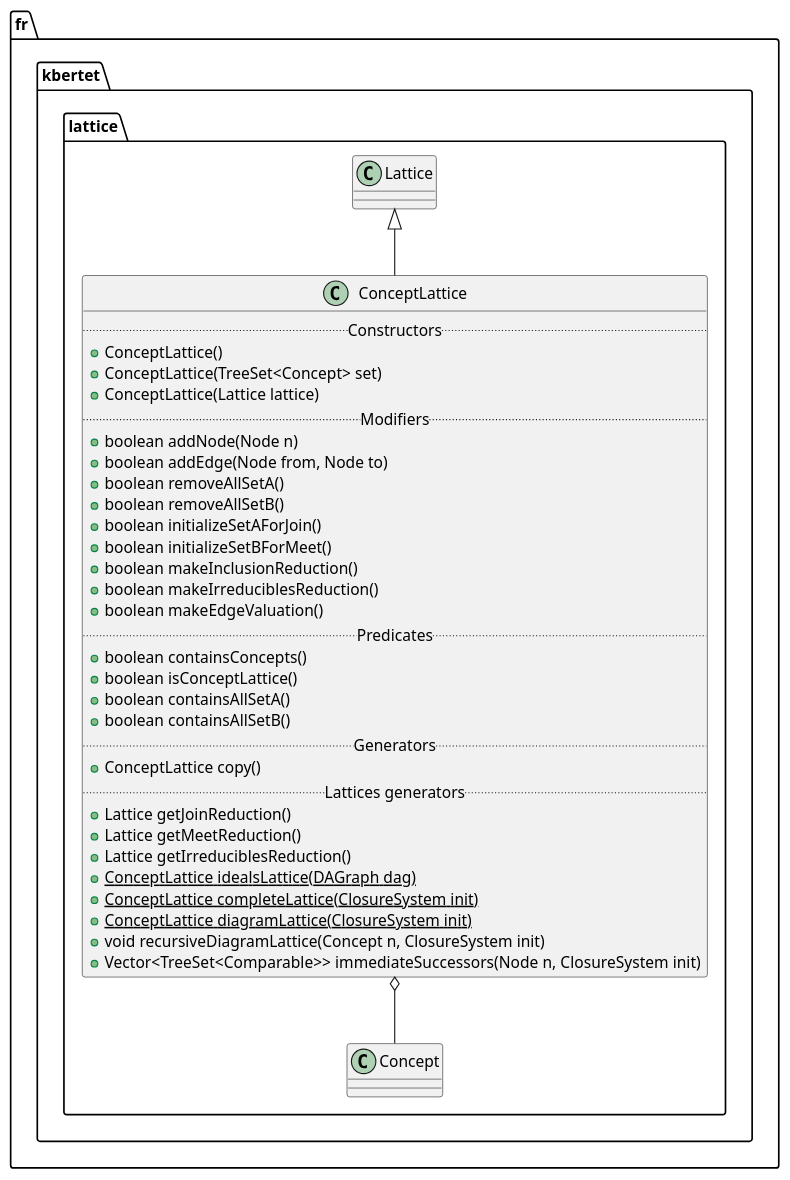
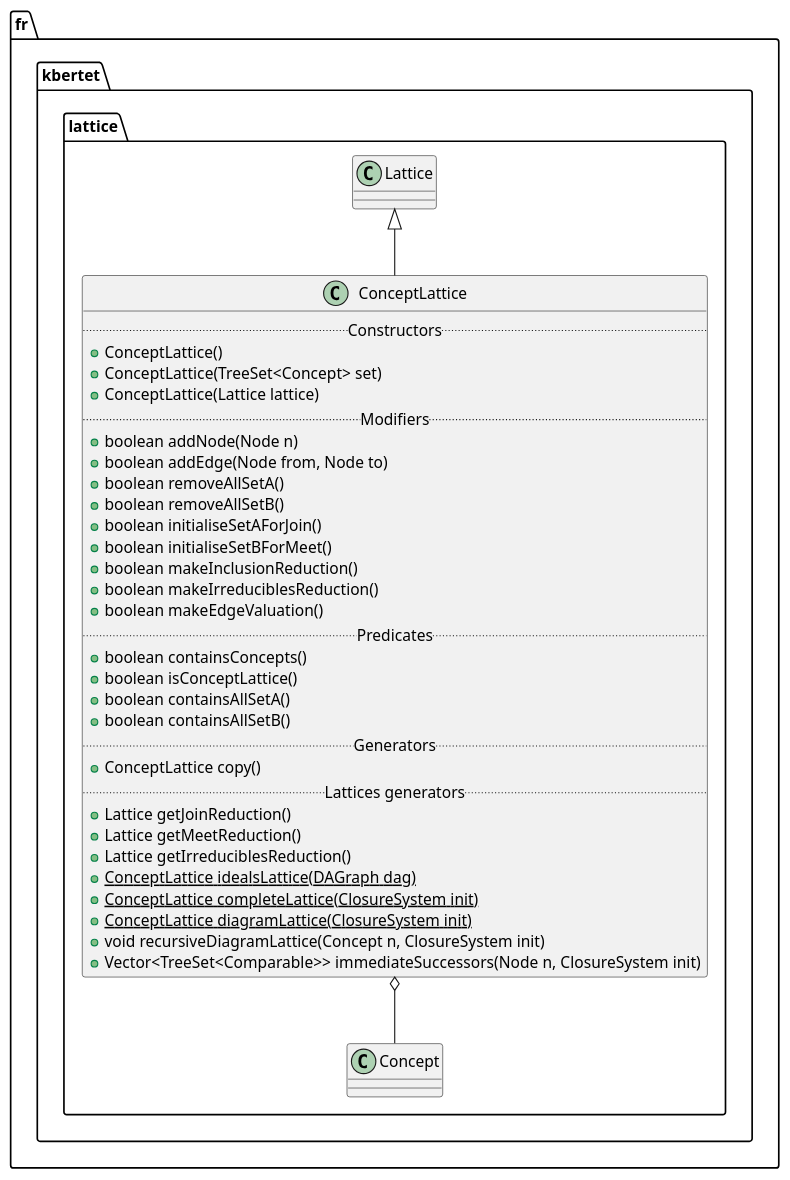
The diagram in src/fr/kbertet/lattice/ConceptLattice.iuml (thegalactic/java-lattices), drawn with PlantUML before and after one commit. The commit also changed 14 other files, not shown here.

```diff
--- a/src/fr/kbertet/lattice/ConceptLattice.iuml
+++ b/src/fr/kbertet/lattice/ConceptLattice.iuml
@@ -1,37 +1,37 @@
 package fr.kbertet.lattice {
     class ConceptLattice {
         .. Constructors ..
         +ConceptLattice()
         +ConceptLattice(TreeSet<Concept> set)
         +ConceptLattice(Lattice lattice)
         .. Modifiers ..
         +boolean addNode(Node n)
         +boolean addEdge(Node from, Node to)
         +boolean removeAllSetA()
         +boolean removeAllSetB()
-        +boolean initializeSetAForJoin()
-        +boolean initializeSetBForMeet()
+        +boolean initialiseSetAForJoin()
+        +boolean initialiseSetBForMeet()
         +boolean makeInclusionReduction()
         +boolean makeIrreduciblesReduction()
         +boolean makeEdgeValuation()
         .. Predicates ..
         +boolean containsConcepts()
         +boolean isConceptLattice()
         +boolean containsAllSetA()
         +boolean containsAllSetB()
         .. Generators ..
         +ConceptLattice copy()
         .. Lattices generators ..
         +Lattice getJoinReduction()
         +Lattice getMeetReduction()
         +Lattice getIrreduciblesReduction()
         +{static} ConceptLattice idealsLattice(DAGraph dag)
         +{static} ConceptLattice completeLattice(ClosureSystem init)
         +{static} ConceptLattice diagramLattice(ClosureSystem init)
         +void recursiveDiagramLattice(Concept n, ClosureSystem init)
         +Vector<TreeSet<Comparable>> immediateSuccessors(Node n, ClosureSystem init)
     }
 
     Lattice <|-- ConceptLattice
     ConceptLattice o-- Concept
 }
```
